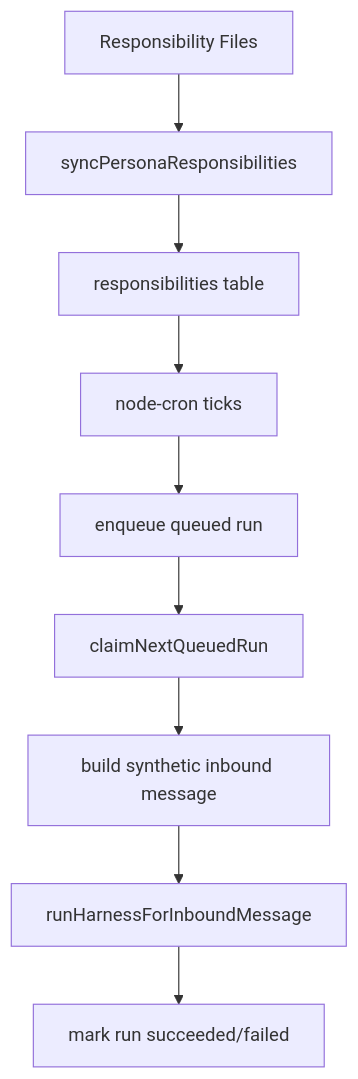
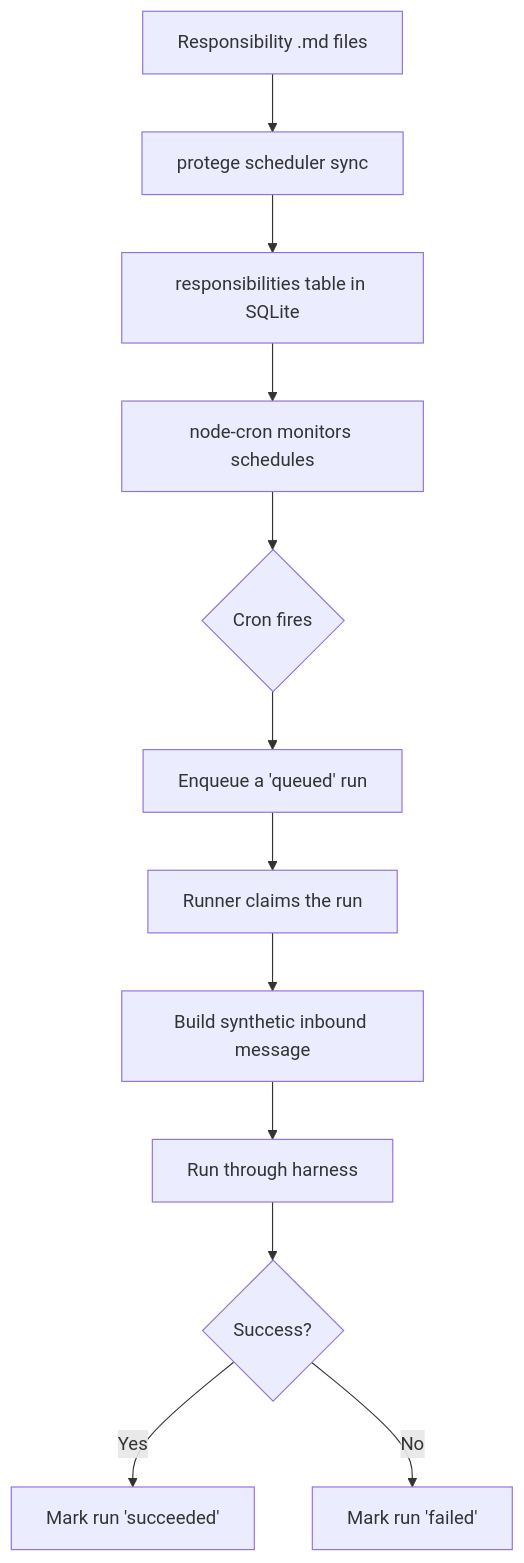
The diagram in site/internal-architecture/scheduler.md (sebscholl/protege), drawn with Mermaid before and after one commit. The commit also changed other lines of this file and 100 other files, not shown here.

````diff
--- a/site/internal-architecture/scheduler.md
+++ b/site/internal-architecture/scheduler.md
@@ -26,11 +7,14 @@
 ```mermaid
 flowchart TD
-  A[Responsibility Files] --> B[syncPersonaResponsibilities]
-  B --> C[responsibilities table]
-  C --> D[node-cron ticks]
-  D --> E[enqueue queued run]
-  E --> F[claimNextQueuedRun]
-  F --> G[build synthetic inbound message]
-  G --> H[runHarnessForInboundMessage]
-  H --> I[mark run succeeded/failed]
+    A[Responsibility .md files] --> B[protege scheduler sync]
+    B --> C[responsibilities table in SQLite]
+    C --> D[node-cron monitors schedules]
+    D --> E{Cron fires}
+    E --> F[Enqueue a 'queued' run]
+    F --> G[Runner claims the run]
+    G --> H[Build synthetic inbound message]
+    H --> I[Run through harness]
+    I --> J{Success?}
+    J -- Yes --> K[Mark run 'succeeded']
+    J -- No --> L[Mark run 'failed']
 ```
````
